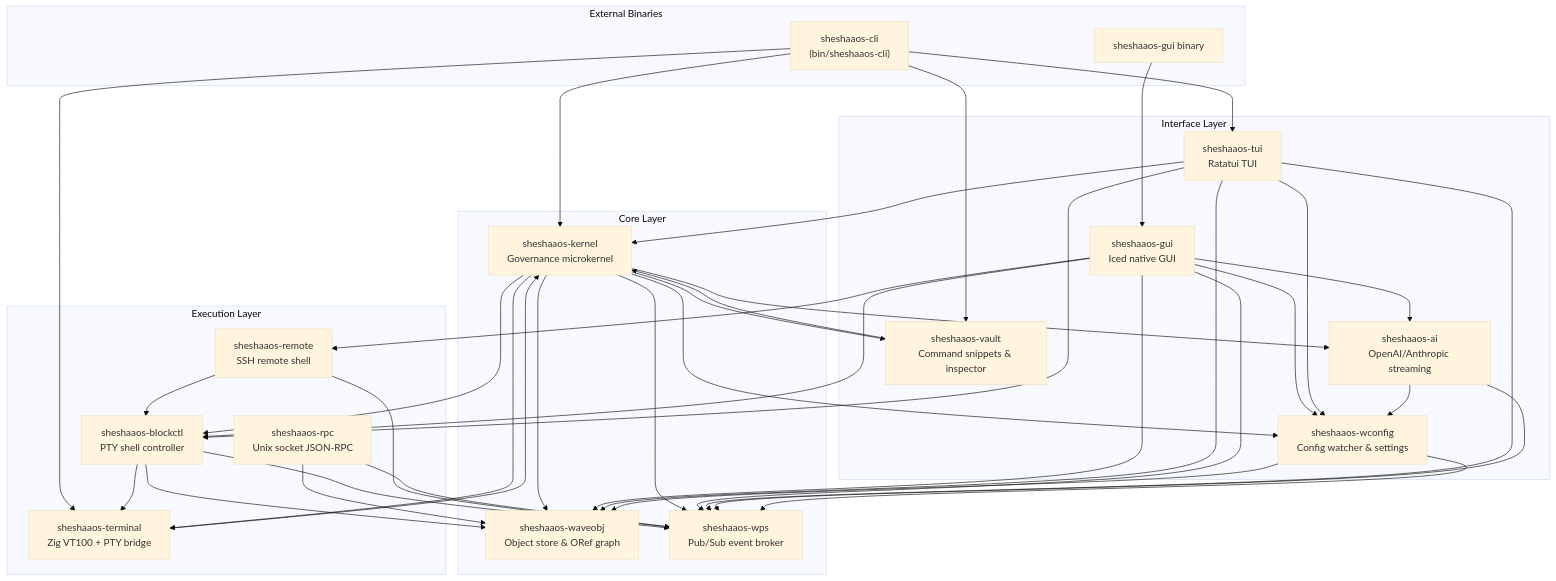
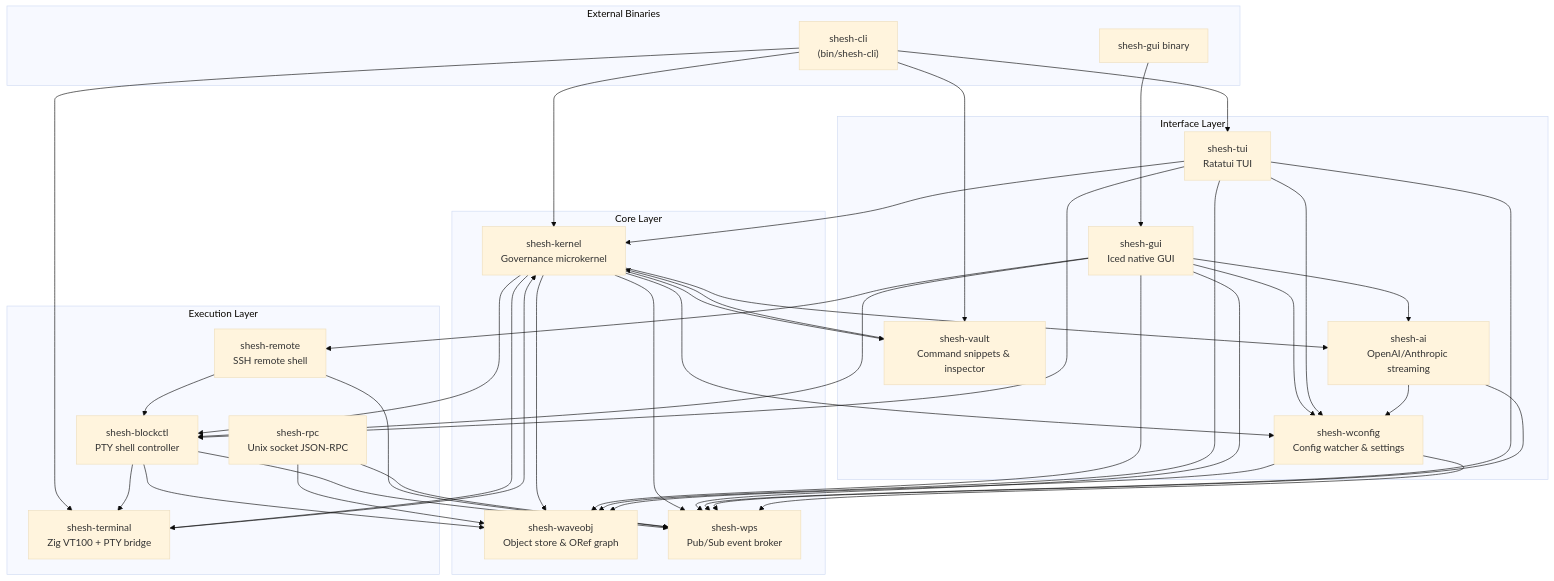
One commit to gaganjainse/SheshAOS changed the first of 10 diagrams in .kilo/plans/architecture.md. Above: the diagram before and after it, drawn with Mermaid (base theme). The commit also changed other lines of this file and 244 other files, not shown here.

First line of the commit message:
feat: sheshaaos-*→shesh-* crate rename + REAL russh-0.43 port + zero-warning gate

````diff
--- a/.kilo/plans/architecture.md
+++ b/.kilo/plans/architecture.md
@@ -10,76 +10,76 @@
 ```mermaid
 graph TD
     subgraph "External Binaries"
-        CLI["sheshaaos-cli<br/>(bin/sheshaaos-cli)"]
-        GUI_BIN["sheshaaos-gui binary"]
+        CLI["shesh-cli<br/>(bin/shesh-cli)"]
+        GUI_BIN["shesh-gui binary"]
     end
 
     subgraph "Core Layer"
-        KERNEL["sheshaaos-kernel<br/>Governance microkernel"]
-        WAVEOBJ["sheshaaos-waveobj<br/>Object store & ORef graph"]
-        WPS["sheshaaos-wps<br/>Pub/Sub event broker"]
+        KERNEL["shesh-kernel<br/>Governance microkernel"]
+        WAVEOBJ["shesh-waveobj<br/>Object store & ORef graph"]
+        WPS["shesh-wps<br/>Pub/Sub event broker"]
     end
 
     subgraph "Execution Layer"
-        BLOCKCTL["sheshaaos-blockctl<br/>PTY shell controller"]
-        REMOTE["sheshaaos-remote<br/>SSH remote shell"]
-        TERMINAL["sheshaaos-terminal<br/>Zig VT100 + PTY bridge"]
-        RPC["sheshaaos-rpc<br/>Unix socket JSON-RPC"]
+        BLOCKCTL["shesh-blockctl<br/>PTY shell controller"]
+        REMOTE["shesh-remote<br/>SSH remote shell"]
+        TERMINAL["shesh-terminal<br/>Zig VT100 + PTY bridge"]
+        RPC["shesh-rpc<br/>Unix socket JSON-RPC"]
     end
 
     subgraph "Interface Layer"
-        TUI["sheshaaos-tui<br/>Ratatui TUI"]
-        GUI["sheshaaos-gui<br/>Iced native GUI"]
-        AI["sheshaaos-ai<br/>OpenAI/Anthropic streaming"]
-        VAULT["sheshaaos-vault<br/>Command snippets & inspector"]
-        WCONFIG["sheshaaos-wconfig<br/>Config watcher & settings"]
+        TUI["shesh-tui<br/>Ratatui TUI"]
+        GUI["shesh-gui<br/>Iced native GUI"]
+        AI["shesh-ai<br/>OpenAI/Anthropic streaming"]
+        VAULT["shesh-vault<br/>Command snippets & inspector"]
+        WCONFIG["shesh-wconfig<br/>Config watcher & settings"]
     end
 
     CLI --> KERNEL
     CLI --> VAULT
     CLI --> TUI
     CLI --> TERMINAL
 
     GUI_BIN --> GUI
 
     KERNEL --> WAVEOBJ
     KERNEL --> WPS
     KERNEL --> WCONFIG
     KERNEL --> BLOCKCTL
     KERNEL --> AI
     KERNEL --> VAULT
     KERNEL --> TERMINAL
 
     GUI --> WPS
     GUI --> WAVEOBJ
     GUI --> BLOCKCTL
     GUI --> WCONFIG
     GUI --> AI
     GUI --> REMOTE
 
     TUI --> KERNEL
     TUI --> WAVEOBJ
     TUI --> WPS
     TUI --> BLOCKCTL
     TUI --> WCONFIG
 
     BLOCKCTL --> WAVEOBJ
     BLOCKCTL --> WPS
     BLOCKCTL --> TERMINAL
 
     REMOTE --> WPS
     REMOTE --> BLOCKCTL
 
     RPC --> WPS
     RPC --> WAVEOBJ
 
     AI --> WCONFIG
     AI --> WPS
 
     VAULT --> KERNEL
 
     WCONFIG --> WAVEOBJ
     WCONFIG --> WPS
 
     TERMINAL --> KERNEL
 ```
````
